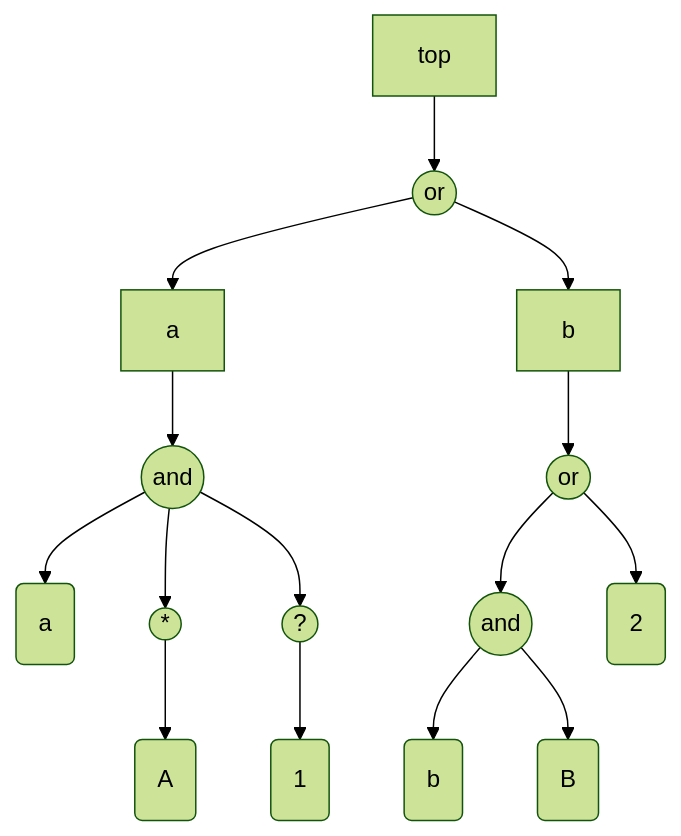
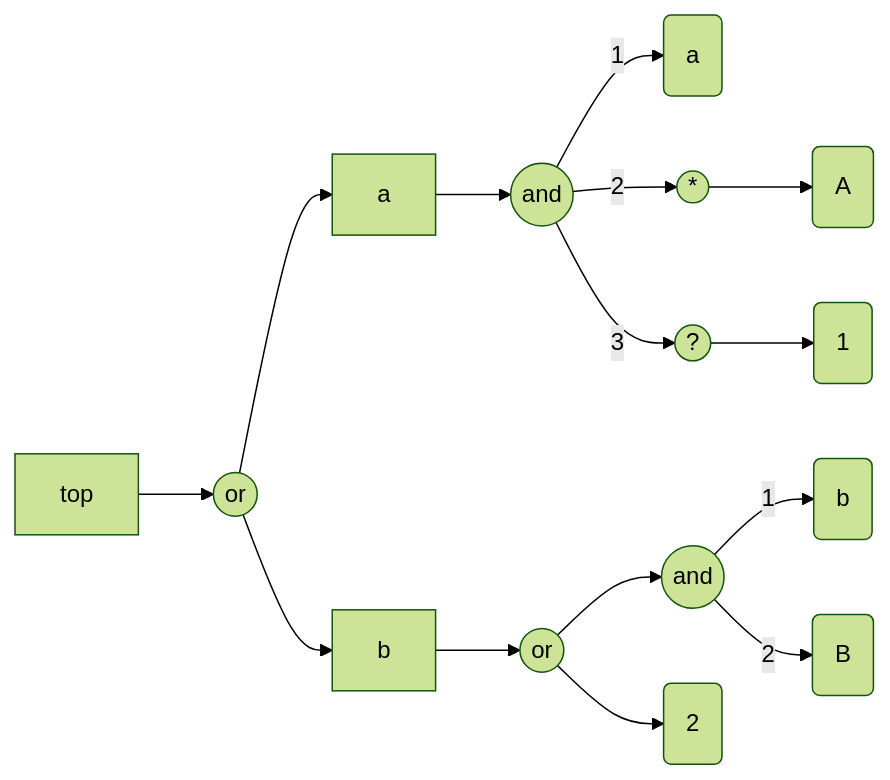
The second of 3 diagrams in README.md (antononcube/Raku-FunctionalParsers), drawn with Mermaid (forest theme) before and after one commit. The commit also changed other lines of this file and 1 other file, not shown here.

````diff
--- a/README.md
+++ b/README.md
@@ -357,32 +357,32 @@
 ```mermaid
-graph TD
+graph LR
+	alt1((or))
+	rep7((*))
+	seq5((and))
+	NT:a["a"]
+	opt9((?))
+	seq13((and))
+	T:b("b")
+	alt12((or))
+	NT:b["b"]
+	T:1("1")
+	NT:top["top"]
+	T:A("A")
+	T:a("a")
 	T:2("2")
-	alt12((or))
-	opt9((?))
-	NT:top["top"]
-	T:1("1")
 	T:B("B")
-	T:a("a")
-	NT:b["b"]
-	T:A("A")
-	alt1((or))
-	NT:a["a"]
-	seq5((and))
-	T:b("b")
-	seq13((and))
-	rep7((*))
 	alt1 --> NT:a
 	alt1 --> NT:b
 	NT:top --> alt1
 	rep7 --> T:A
 	opt9 --> T:1
-	seq5 --> T:a
-	seq5 --> rep7
-	seq5 --> opt9
+	seq5 --> |1|T:a
+	seq5 --> |2|rep7
+	seq5 --> |3|opt9
 	NT:a --> seq5
-	seq13 --> T:b
-	seq13 --> T:B
+	seq13 --> |1|T:b
+	seq13 --> |2|T:B
 	alt12 --> seq13
 	alt12 --> T:2
 	NT:b --> alt12
 ```
````
